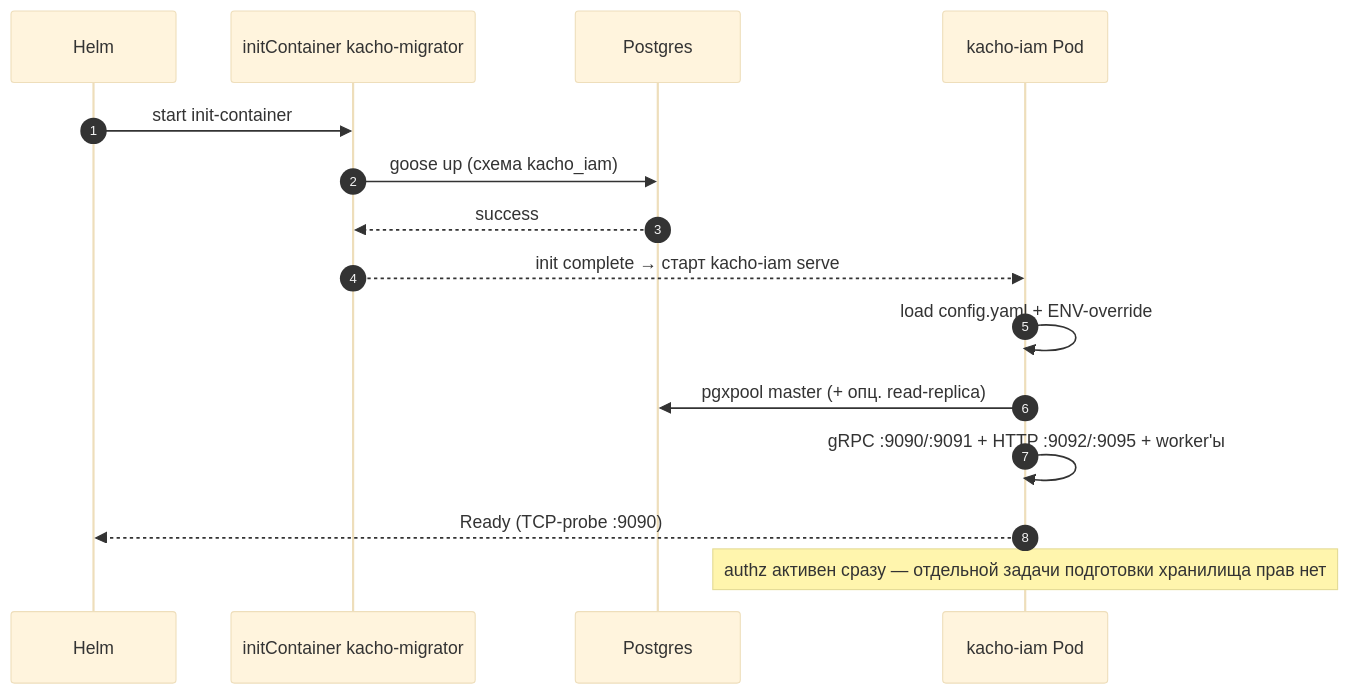
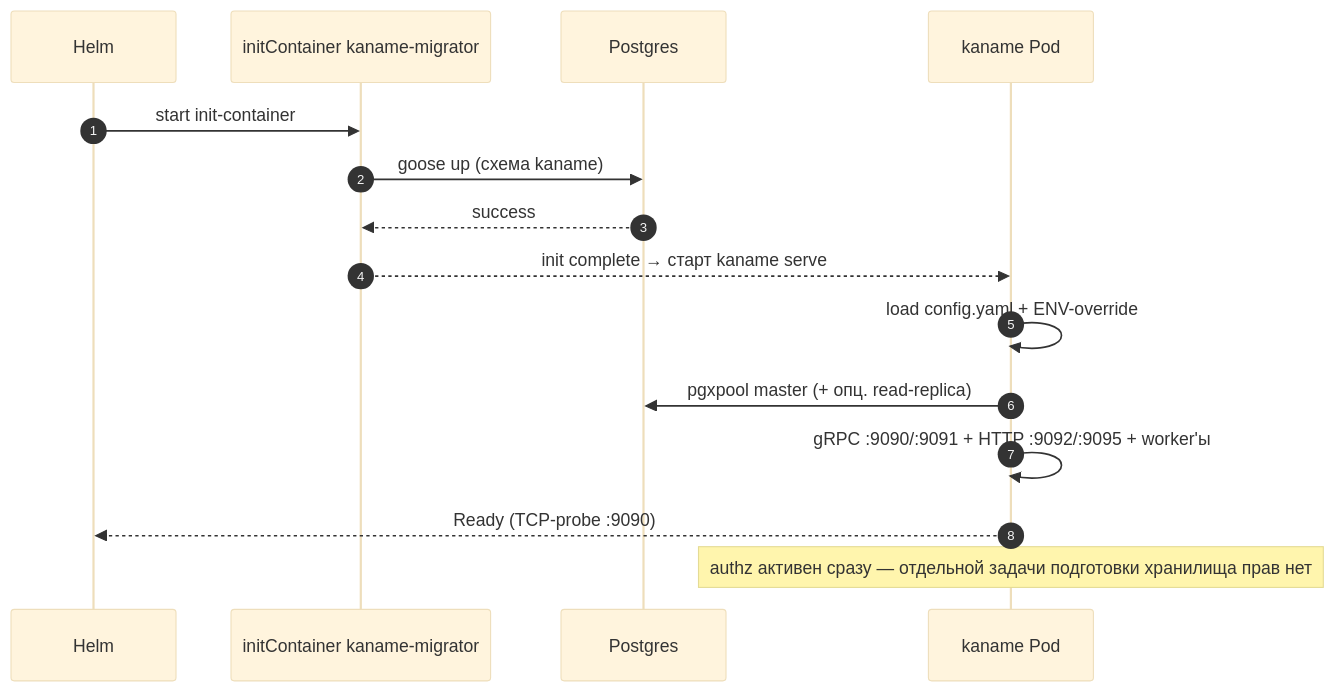
The second of 2 diagrams in services/iam/docs/engineering/components/31-deployment.md (PRO-Robotech/kacho), drawn with Mermaid (base theme) before and after one commit. The commit also changed other lines of this file and 5005 other files, not shown here.

````diff
--- a/services/iam/docs/engineering/components/31-deployment.md
+++ b/services/iam/docs/engineering/components/31-deployment.md
@@ -498,18 +498,18 @@
 ```mermaid
 sequenceDiagram
     autonumber
     participant Helm
-    participant Init as initContainer kacho-migrator
+    participant Init as initContainer kaname-migrator
     participant PG as Postgres
-    participant Pod as kacho-iam Pod
+    participant Pod as kaname Pod
 
     Helm->>Init: start init-container
-    Init->>PG: goose up (схема kacho_iam)
+    Init->>PG: goose up (схема kaname)
     PG-->>Init: success
-    Init-->>Pod: init complete → старт kacho-iam serve
+    Init-->>Pod: init complete → старт kaname serve
     Pod->>Pod: load config.yaml + ENV-override
     Pod->>PG: pgxpool master (+ опц. read-replica)
     Pod->>Pod: gRPC :9090/:9091 + HTTP :9092/:9095 + worker'ы
     Pod-->>Helm: Ready (TCP-probe :9090)
     Note over Pod: authz активен сразу — отдельной задачи подготовки хранилища прав нет
 ```
````
